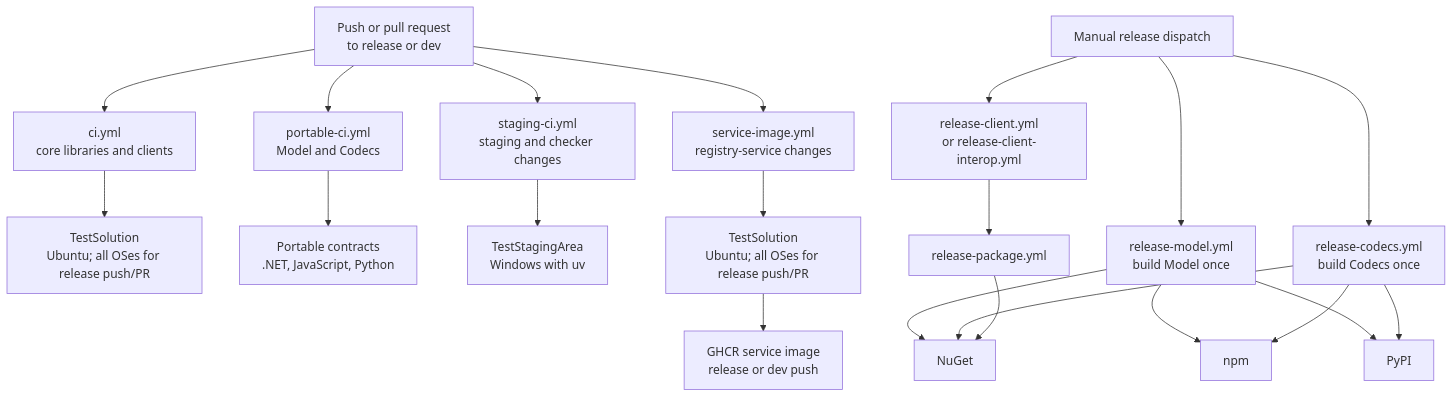
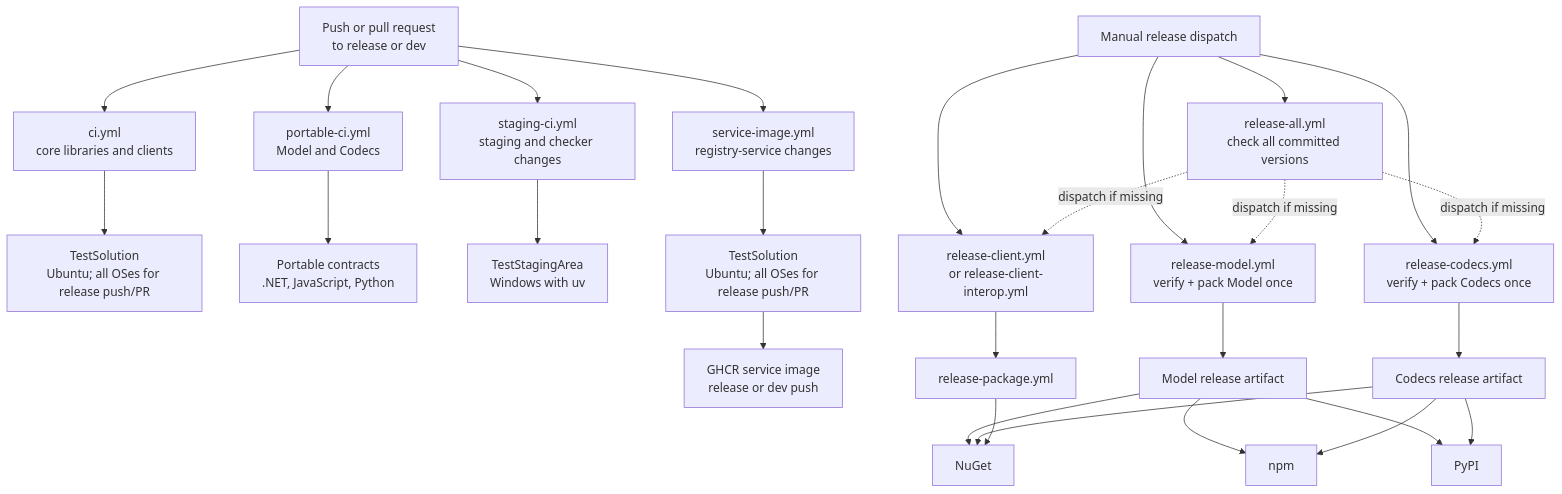
One commit to Brilator/arc-validate-package-registry changed the diagram in README.md. Above: the diagram before and after it, drawn with Mermaid. The commit also changed other lines of this file and 18 other files, not shown here.

````diff
--- a/README.md
+++ b/README.md
@@ -78,31 +78,37 @@
 ```mermaid
 flowchart TD
     Changes["Push or pull request<br/>to release or dev"]
     Manual["Manual release dispatch"]
 
     Changes --> CoreCI["ci.yml<br/>core libraries and clients"]
     Changes --> PortableCI["portable-ci.yml<br/>Model and Codecs"]
     Changes --> Staging["staging-ci.yml<br/>staging and checker changes"]
     Changes --> Service["service-image.yml<br/>registry-service changes"]
 
     CoreCI --> Core["TestSolution<br/>Ubuntu; all OSes for release push/PR"]
     PortableCI --> Portable["Portable contracts<br/>.NET, JavaScript, Python"]
 
     Staging --> StagingTests["TestStagingArea<br/>Windows with uv"]
 
     Service --> ServiceTests["TestSolution<br/>Ubuntu; all OSes for release push/PR"]
     ServiceTests --> Image["GHCR service image<br/>release or dev push"]
 
-    Manual --> ModelRelease["release-model.yml<br/>build Model once"]
-    Manual --> CodecsRelease["release-codecs.yml<br/>build Codecs once"]
+    Manual --> ReleaseAll["release-all.yml<br/>check all committed versions"]
+    Manual --> ModelRelease["release-model.yml<br/>verify + pack Model once"]
+    Manual --> CodecsRelease["release-codecs.yml<br/>verify + pack Codecs once"]
     Manual --> ClientRelease["release-client.yml<br/>or release-client-interop.yml"]
+    ReleaseAll -. "dispatch if missing" .-> ModelRelease
+    ReleaseAll -. "dispatch if missing" .-> CodecsRelease
+    ReleaseAll -. "dispatch if missing" .-> ClientRelease
 
-    ModelRelease --> NuGet["NuGet"]
-    ModelRelease --> Npm["npm"]
-    ModelRelease --> PyPI["PyPI"]
-    CodecsRelease --> NuGet
-    CodecsRelease --> Npm
-    CodecsRelease --> PyPI
+    ModelRelease --> ModelArtifact["Model release artifact"]
+    CodecsRelease --> CodecsArtifact["Codecs release artifact"]
+    ModelArtifact --> NuGet["NuGet"]
+    ModelArtifact --> Npm["npm"]
+    ModelArtifact --> PyPI["PyPI"]
+    CodecsArtifact --> NuGet
+    CodecsArtifact --> Npm
+    CodecsArtifact --> PyPI
     ClientRelease --> NuGetPublisher["release-package.yml"]
     NuGetPublisher --> NuGet
 ```
````
